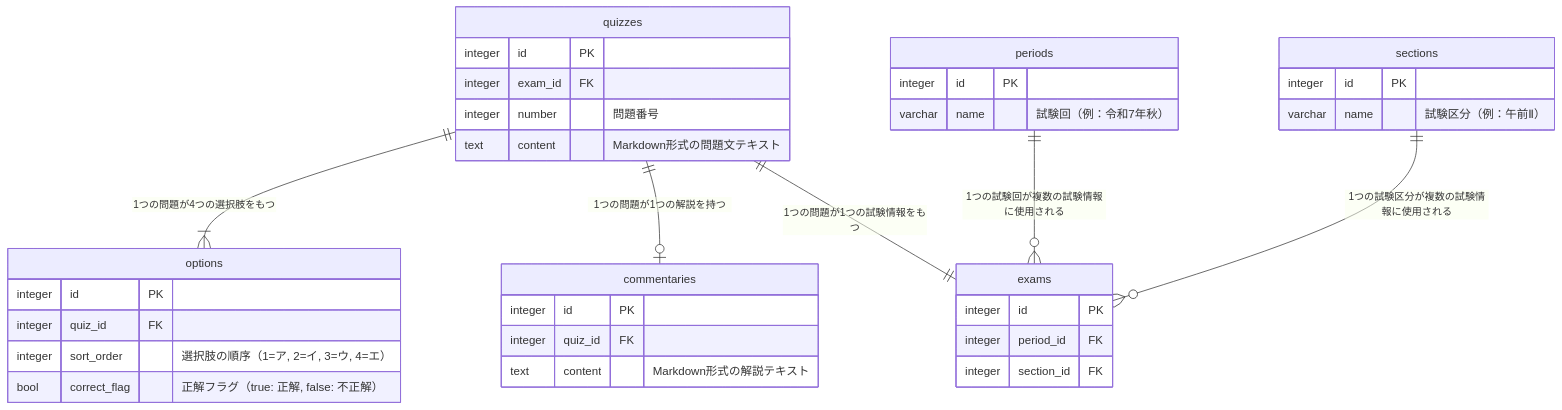
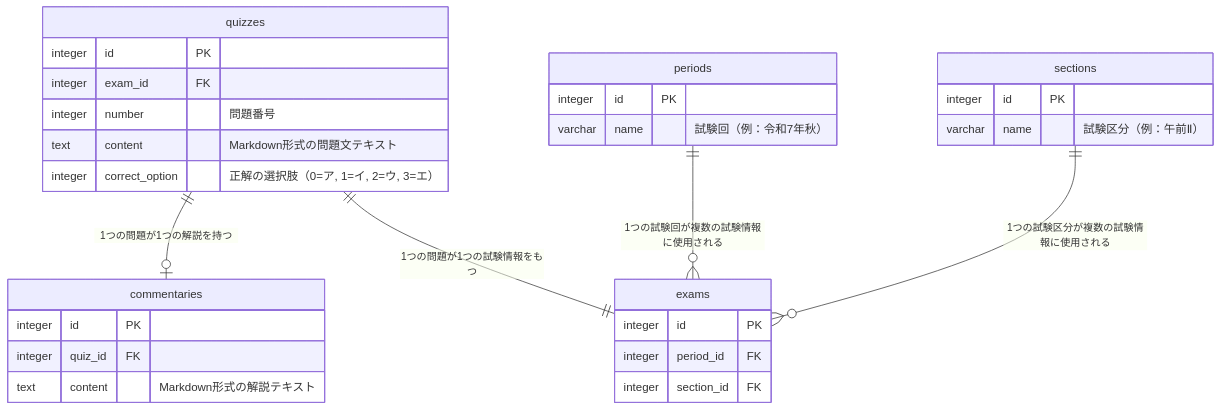
Before and after one commit to yutomoritajp/kakomon: the diagram in docs/v0/s2_basic_design.md, drawn with Mermaid. The commit also changed 5 other files, not shown here.

````diff
--- a/docs/v0/s2_basic_design.md
+++ b/docs/v0/s2_basic_design.md
@@ -87,44 +87,37 @@
 ``` mermaid
 erDiagram
-  quizzes ||--|{ options: "1つの問題が4つの選択肢をもつ"
   quizzes ||--o| commentaries : "1つの問題が1つの解説を持つ"
   quizzes ||--|| exams: "1つの問題が1つの試験情報をもつ"
   periods ||--o{ exams: "1つの試験回が複数の試験情報に使用される"
   sections ||--o{ exams: "1つの試験区分が複数の試験情報に使用される"
 
 quizzes {
     integer id PK
     integer exam_id FK
     integer number "問題番号"
     text content "Markdown形式の問題文テキスト"
+    integer correct_option "正解の選択肢（0=ア, 1=イ, 2=ウ, 3=エ）"
 }
 
 exams {
     integer id PK
     integer period_id FK
     integer section_id FK
 }
 
 periods {
     integer id PK
     varchar name "試験回（例：令和7年秋）"
 }
 
 sections {
     integer id PK
     varchar name "試験区分（例：午前Ⅱ）"
 }
 
-options {
-    integer id PK
-    integer quiz_id FK
-    integer sort_order "選択肢の順序（1=ア, 2=イ, 3=ウ, 4=エ）"
-    bool correct_flag "正解フラグ（true: 正解, false: 不正解）"
-}
-
 commentaries {
     integer id PK
     integer quiz_id FK
     text content "Markdown形式の解説テキスト"
 }
 ```
````
